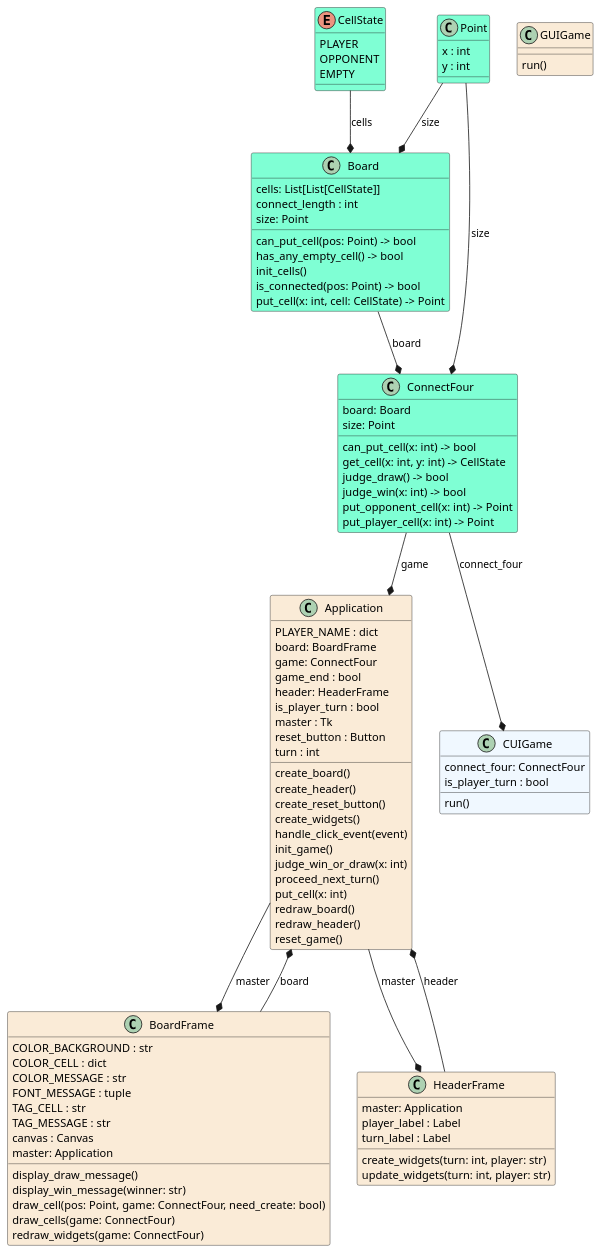
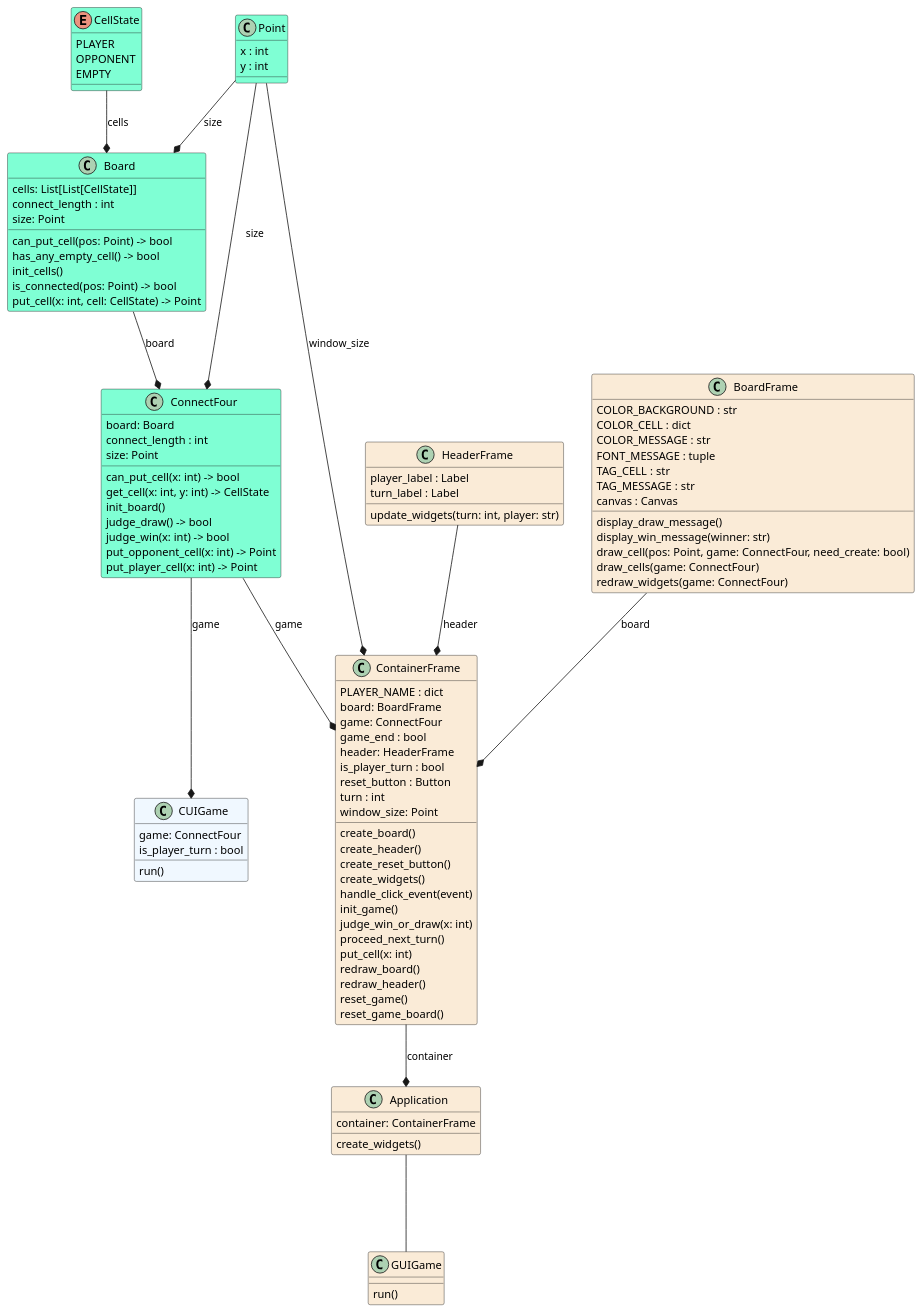
The diagram in docs/classes.puml (nafuka11/dena-review), drawn with PlantUML before and after one commit. The commit also changed 3 other files, not shown here.

Commit message:
docs: update UML diagram

```diff
--- a/docs/classes.puml
+++ b/docs/classes.puml
@@ -1,95 +1,100 @@
 @startuml classes
 set namespaceSeparator none
 class "Application" as gui.app.Application #antiquewhite {
-  PLAYER_NAME : dict
-  board: BoardFrame
-  game: ConnectFour
-  game_end : bool
-  header: HeaderFrame
-  is_player_turn : bool
-  master : Tk
-  reset_button : Button
-  turn : int
-  create_board()
-  create_header()
-  create_reset_button()
+  container: ContainerFrame
   create_widgets()
-  handle_click_event(event)
-  init_game()
-  judge_win_or_draw(x: int)
-  proceed_next_turn()
-  put_cell(x: int)
-  redraw_board()
-  redraw_header()
-  reset_game()
 }
 class "Board" as logic.board.Board #aquamarine {
   cells: List[List[CellState]]
   connect_length : int
   size: Point
   can_put_cell(pos: Point) -> bool
   has_any_empty_cell() -> bool
   init_cells()
   is_connected(pos: Point) -> bool
   put_cell(x: int, cell: CellState) -> Point
 }
 class "BoardFrame" as gui.app.BoardFrame #antiquewhite {
   COLOR_BACKGROUND : str
   COLOR_CELL : dict
   COLOR_MESSAGE : str
   FONT_MESSAGE : tuple
   TAG_CELL : str
   TAG_MESSAGE : str
   canvas : Canvas
-  master: Application
   display_draw_message()
   display_win_message(winner: str)
   draw_cell(pos: Point, game: ConnectFour, need_create: bool)
   draw_cells(game: ConnectFour)
   redraw_widgets(game: ConnectFour)
 }
 class "CUIGame" as cui.game.CUIGame #aliceblue {
-  connect_four: ConnectFour
+  game: ConnectFour
   is_player_turn : bool
   run()
 }
 enum "CellState" as logic.cell.CellState #aquamarine {
   PLAYER
   OPPONENT
   EMPTY
 }
 class "ConnectFour" as logic.connect_four.ConnectFour #aquamarine {
   board: Board
+  connect_length : int
   size: Point
   can_put_cell(x: int) -> bool
   get_cell(x: int, y: int) -> CellState
+  init_board()
   judge_draw() -> bool
   judge_win(x: int) -> bool
   put_opponent_cell(x: int) -> Point
   put_player_cell(x: int) -> Point
 }
+class "ContainerFrame" as gui.app.ContainerFrame #antiquewhite {
+  PLAYER_NAME : dict
+  board: BoardFrame
+  game: ConnectFour
+  game_end : bool
+  header: HeaderFrame
+  is_player_turn : bool
+  reset_button : Button
+  turn : int
+  window_size: Point
+  create_board()
+  create_header()
+  create_reset_button()
+  create_widgets()
+  handle_click_event(event)
+  init_game()
+  judge_win_or_draw(x: int)
+  proceed_next_turn()
+  put_cell(x: int)
+  redraw_board()
+  redraw_header()
+  reset_game()
+  reset_game_board()
+}
 class "GUIGame" as gui.game.GUIGame #antiquewhite {
   run()
 }
 class "HeaderFrame" as gui.app.HeaderFrame #antiquewhite {
-  master: Application
   player_label : Label
   turn_label : Label
-  create_widgets(turn: int, player: str)
   update_widgets(turn: int, player: str)
 }
 class "Point" as logic.point.Point #aquamarine {
   x : int
   y : int
 }
-gui.app.Application --* gui.app.BoardFrame : master
-gui.app.Application --* gui.app.HeaderFrame : master
-gui.app.BoardFrame --* gui.app.Application : board
-gui.app.HeaderFrame --* gui.app.Application : header
+gui.app.Application --- gui.game.GUIGame
+gui.app.BoardFrame --* gui.app.ContainerFrame : board
+gui.app.ContainerFrame --* gui.app.Application : container
+gui.app.HeaderFrame --* gui.app.ContainerFrame : header
 logic.board.Board --* logic.connect_four.ConnectFour : board
 logic.cell.CellState --* logic.board.Board: cells
-logic.connect_four.ConnectFour --* cui.game.CUIGame : connect_four
-logic.connect_four.ConnectFour --* gui.app.Application : game
+logic.connect_four.ConnectFour --* cui.game.CUIGame : game
+logic.connect_four.ConnectFour --* gui.app.ContainerFrame : game
+logic.point.Point --* gui.app.ContainerFrame : window_size
 logic.point.Point --* logic.board.Board : size
 logic.point.Point --* logic.connect_four.ConnectFour : size
 @enduml
```
